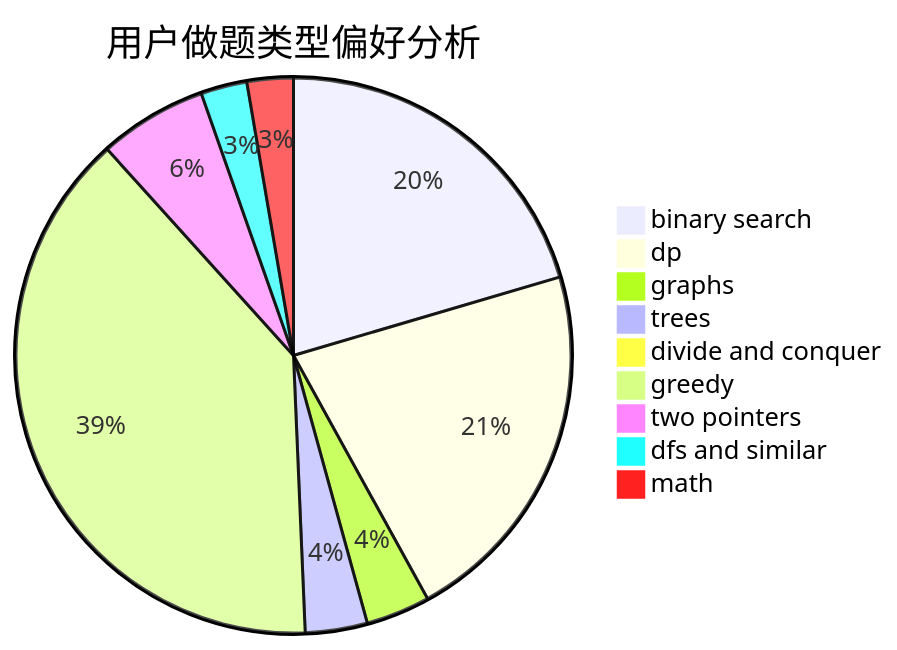
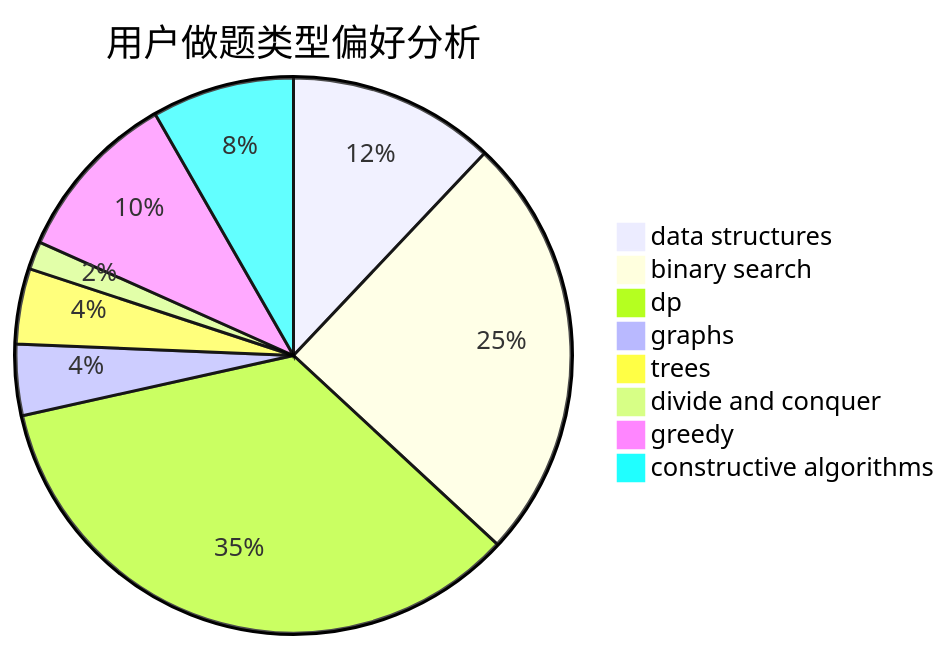
One commit to sherpahu/cfrs.github.io changed the second of 3 diagrams in docs/user/u1863.md. Above: the diagram before and after it, drawn with Mermaid. The commit also changed other lines of this file and 2775 other files, not shown here.

````diff
--- a/docs/user/u1863.md
+++ b/docs/user/u1863.md
@@ -23,12 +23,11 @@
 ```mermaid
 pie title 用户做题类型偏好分析
-    "binary search" :  334
-    "dp" :  352
-    "graphs" :  61
-    "trees" :  59
+    "data structures" :  96
+    "binary search" :  198
+    "dp" :  276
+    "graphs" :  33
+    "trees" :  35
     "divide and conquer" :  13
-    "greedy" :  637
-    "two pointers" :  103
-    "dfs and similar" :  44
-    "math" :  44
+    "greedy" :  80
+    "constructive algorithms" :  66
 ```
````
